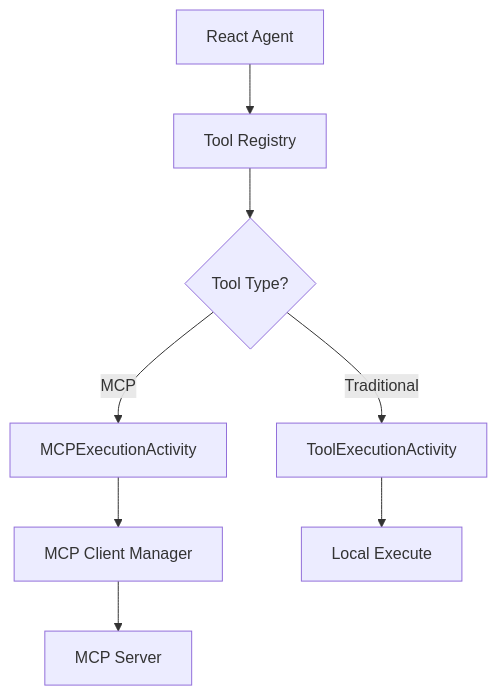
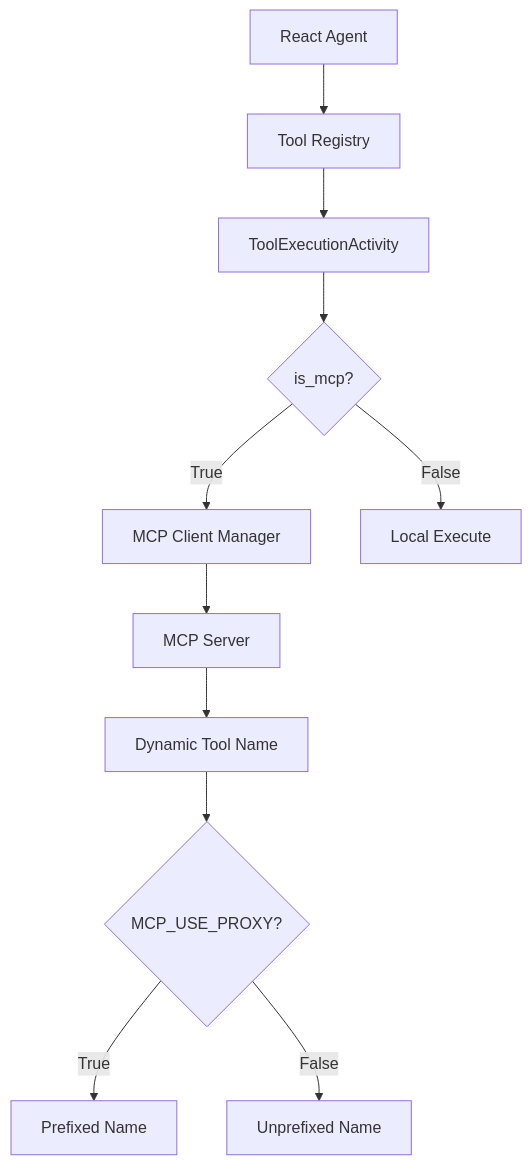
The diagram in docs/mcp_tools_guide.md (retroryan/durable-ai-agent), drawn with Mermaid before and after one commit. The commit also changed other lines of this file and 28 other files, not shown here.

Commit message:
fixing mcp server integration

````diff
--- a/docs/mcp_tools_guide.md
+++ b/docs/mcp_tools_guide.md
@@ -16,10 +18,13 @@
 ```mermaid
 flowchart TD
     A[React Agent] --> B[Tool Registry]
-    B --> C{Tool Type?}
-    C -->|Traditional| D[ToolExecutionActivity]
-    C -->|MCP| E[MCPExecutionActivity]
-    E --> F[MCP Client Manager]
-    F --> G[MCP Server]
-    D --> H[Local Execute]
+    B --> C[ToolExecutionActivity]
+    C --> D{is_mcp?}
+    D -->|True| E[MCP Client Manager]
+    D -->|False| F[Local Execute]
+    E --> G[MCP Server]
+    G --> H[Dynamic Tool Name]
+    H --> I{MCP_USE_PROXY?}
+    I -->|True| J[Prefixed Name]
+    I -->|False| K[Unprefixed Name]
 ```
````
